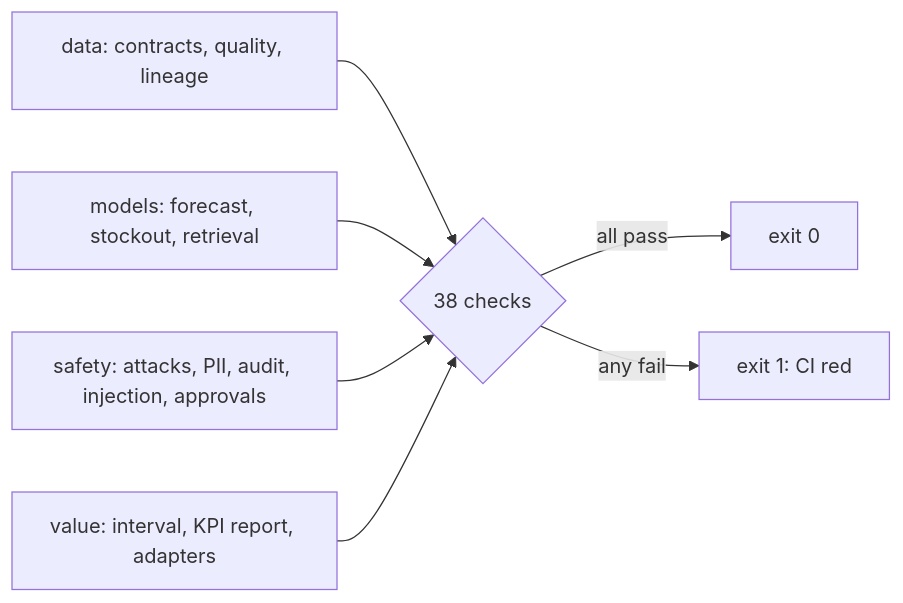
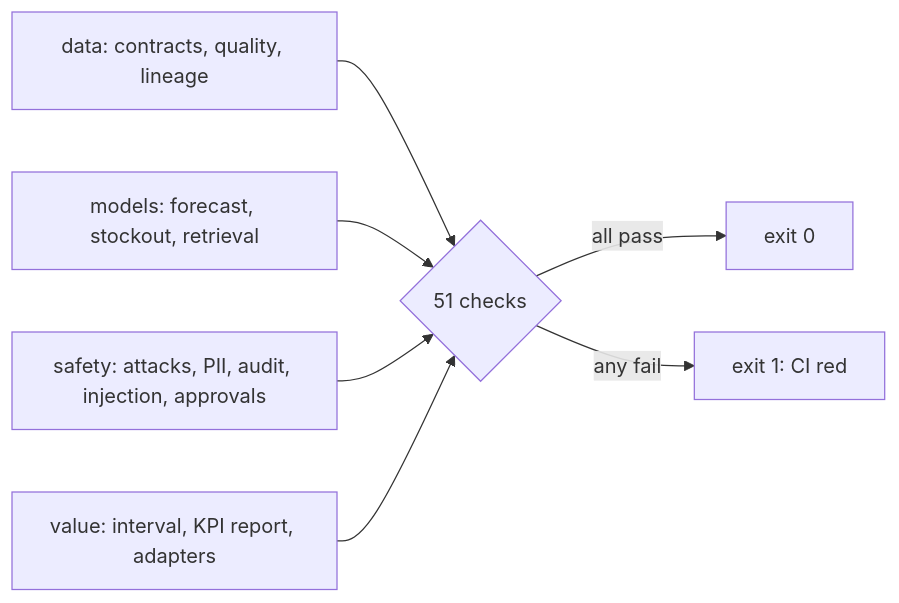
One commit to jagadishmazure-jpg/Jagadish-agentic-data-layer changed the diagram in docs/components/release-gate.md. Above: the diagram before and after it, drawn with Mermaid. The commit also changed other lines of this file and 16 other files, not shown here.

Commit message:
docs: all four domains complete; cross-domain summary table, healthcare in five steps, 51-check gate, roadmap, glossary, CHANGELOG; 666 tests

````diff
--- a/docs/components/release-gate.md
+++ b/docs/components/release-gate.md
@@ -14,9 +14,9 @@
 ```mermaid
 flowchart LR
-  D[data: contracts, quality, lineage] --> G{38 checks}
+  D[data: contracts, quality, lineage] --> G{51 checks}
   M[models: forecast, stockout, retrieval] --> G
   S[safety: attacks, PII, audit, injection, approvals] --> G
   V[value: interval, KPI report, adapters] --> G
   G -->|all pass| OK[exit 0]
   G -->|any fail| NO[exit 1: CI red]
 ```
````
